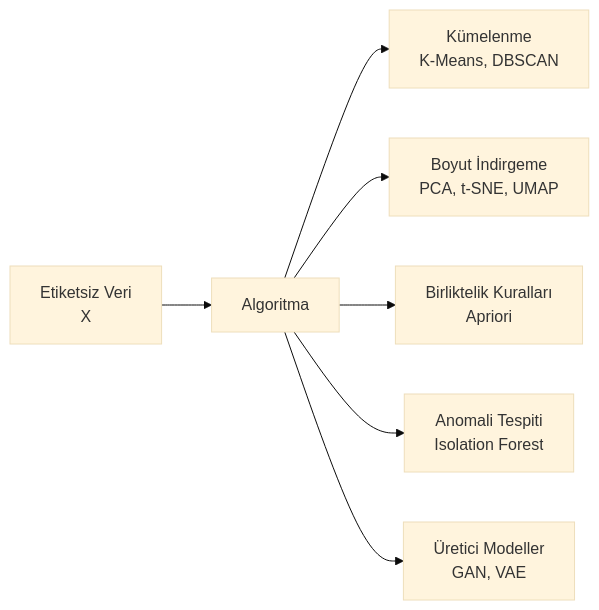
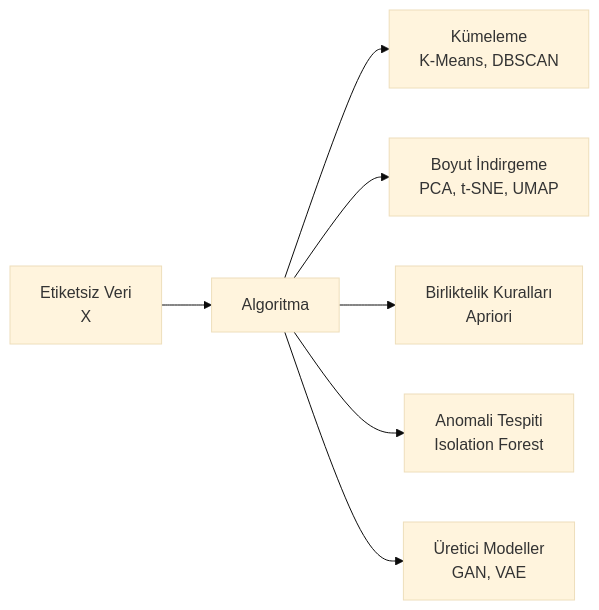
The third of 6 diagrams in tech_notebook/docs/md/ai/fundamentals.md (serkanMzlm/EngineeringHub), drawn with Mermaid (base theme) before and after one commit. The commit also changed other lines of this file and 7 other files, not shown here.

````diff
--- a/tech_notebook/docs/md/ai/fundamentals.md
+++ b/tech_notebook/docs/md/ai/fundamentals.md
@@ -102,9 +139,9 @@
 ```mermaid
 graph LR
     DATA[Etiketsiz Veri\nX] --> ALGO[Algoritma]
-    ALGO --> CLUSTER[Kümelenme\nK-Means, DBSCAN]
+    ALGO --> CLUSTER[Kümeleme\nK-Means, DBSCAN]
     ALGO --> REDUCE[Boyut İndirgeme\nPCA, t-SNE, UMAP]
     ALGO --> ASSOC[Birliktelik Kuralları\nApriori]
     ALGO --> ANOMALY[Anomali Tespiti\nIsolation Forest]
     ALGO --> GEN2[Üretici Modeller\nGAN, VAE]
 ```
````
